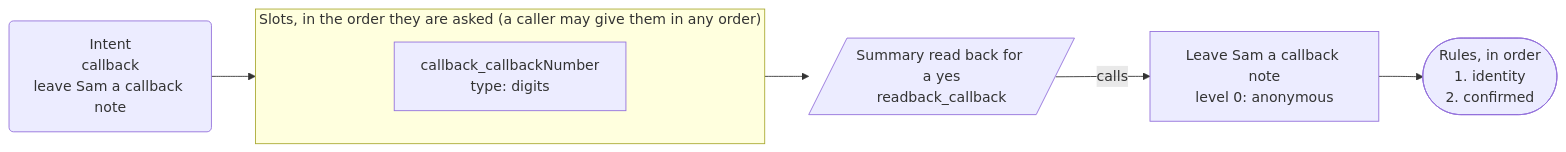
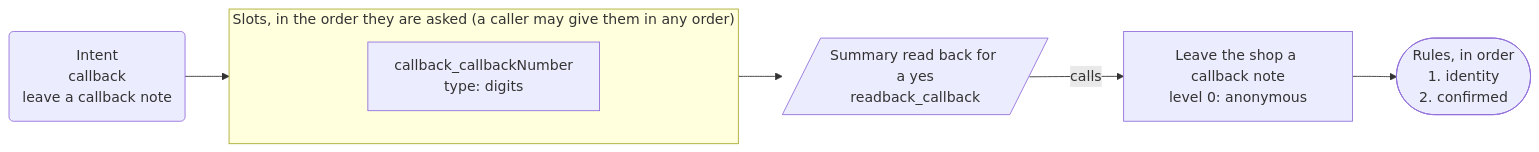
One commit to DialogWright/dialogwright changed the fourth of 4 diagrams in apps/wheelshop/APP-MAP.md. Above: the diagram before and after it, drawn with Mermaid. The commit also changed other lines of this file and 20 other files, not shown here.

````diff
--- a/apps/wheelshop/APP-MAP.md
+++ b/apps/wheelshop/APP-MAP.md
@@ -100,14 +100,14 @@
 ```mermaid
 flowchart LR
-  intent("Intent<br/>callback<br/>leave Sam a callback note")
+  intent("Intent<br/>callback<br/>leave a callback note")
   subgraph slots["Slots, in the order they are asked (a caller may give them in any order)"]
     s_callback_callbackNumber["callback_callbackNumber<br/>type: digits"]
   end
   intent --> slots
   summary[/"Summary read back for a yes<br/>readback_callback"/]
   slots --> summary
-  a_callback["Leave Sam a callback note<br/>level 0: anonymous"]
+  a_callback["Leave the shop a callback note<br/>level 0: anonymous"]
   summary -->|"calls"| a_callback
   r_callback(["Rules, in order<br/>1. identity<br/>2. confirmed"])
   a_callback --> r_callback
 ```
````
